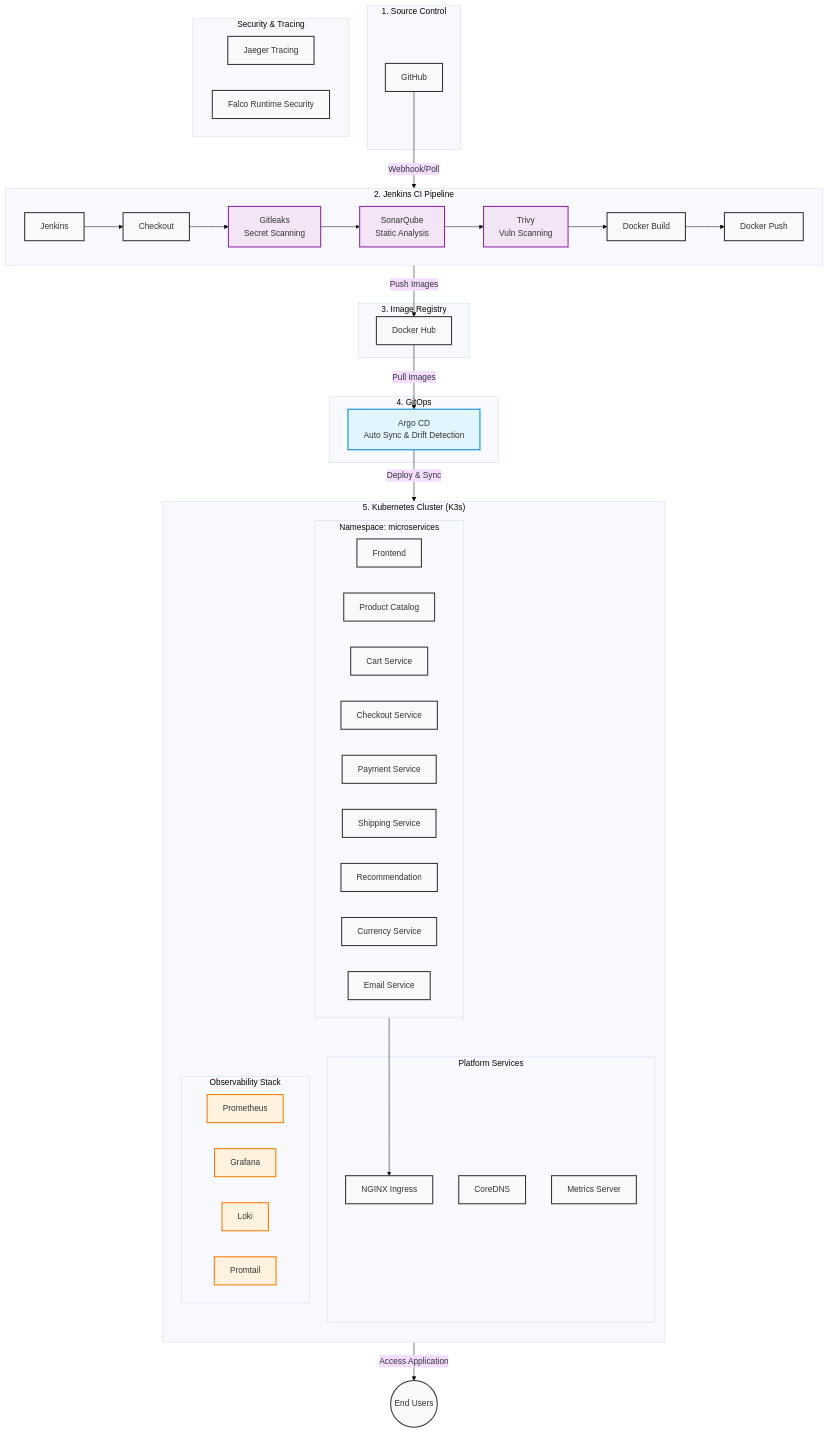
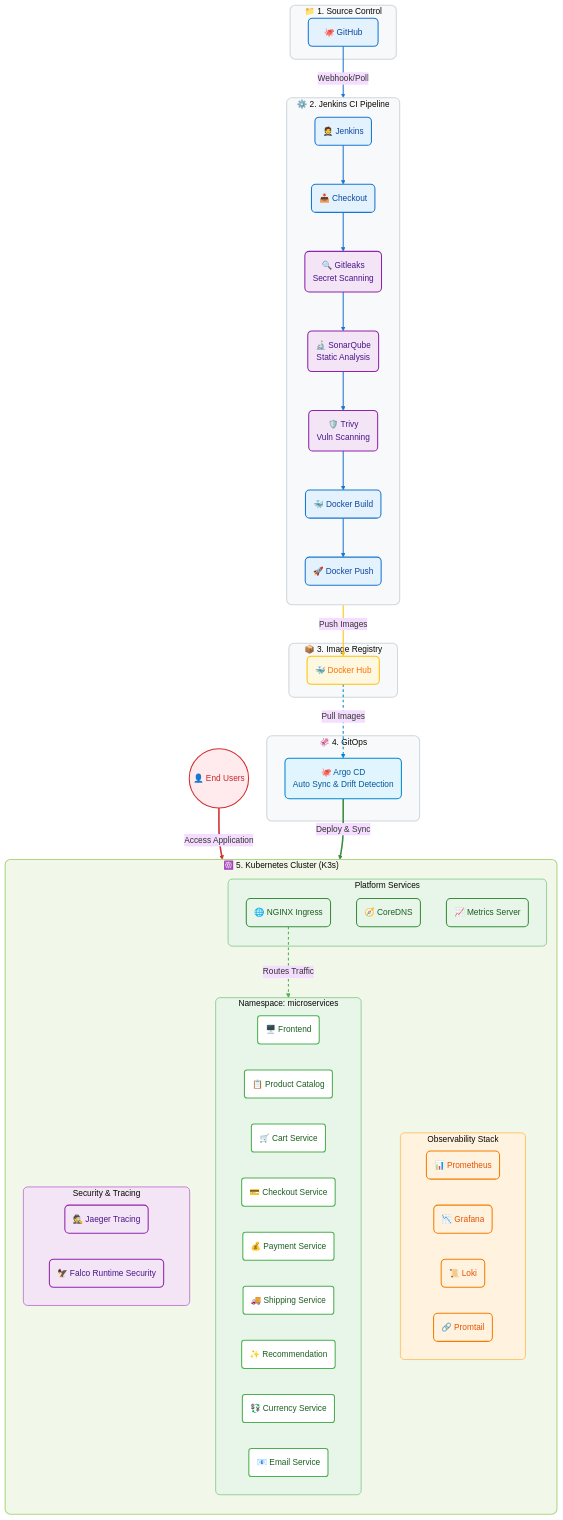
The diagram in README.md (Majidullask04/project-documentation-and-proof), drawn with Mermaid (base theme) before and after one commit. The commit also changed other lines of this file and 13 other files, not shown here.

````diff
--- a/README.md
+++ b/README.md
@@ -3,84 +235,108 @@
 ```mermaid
 graph TD
     %% Styling
-    classDef default fill:#f9f9f9,stroke:#333,stroke-width:2px;
-    classDef gitops fill:#e1f5fe,stroke:#0288d1;
-    classDef security fill:#f3e5f5,stroke:#8e24aa;
-    classDef k8s fill:#e8f5e9,stroke:#388e3c;
-    classDef observability fill:#fff3e0,stroke:#f57c00;
+    classDef default fill:#f9f9f9,stroke:#cfd8dc,stroke-width:2px,color:#263238,rx:5,ry:5;
+    classDef primary fill:#e3f2fd,stroke:#1976d2,stroke-width:2px,color:#0d47a1,rx:8,ry:8;
+    classDef gitops fill:#e1f5fe,stroke:#0288d1,stroke-width:2px,color:#01579b,rx:8,ry:8;
+    classDef security fill:#f3e5f5,stroke:#8e24aa,stroke-width:2px,color:#4a148c,rx:8,ry:8;
+    classDef k8s fill:#e8f5e9,stroke:#388e3c,stroke-width:2px,color:#1b5e20,rx:8,ry:8;
+    classDef observability fill:#fff3e0,stroke:#f57c00,stroke-width:2px,color:#e65100,rx:8,ry:8;
+    classDef registry fill:#fff8e1,stroke:#ffc107,stroke-width:2px,color:#ff6f00,rx:8,ry:8;
+    classDef svc fill:#ffffff,stroke:#4caf50,stroke-width:2px,color:#1b5e20,rx:5,ry:5;
+    classDef userNode fill:#ffebee,stroke:#d32f2f,stroke-width:2px,color:#c62828,rx:20,ry:20;
 
     %% 1. Source Control
-    subgraph Source_Control ["1. Source Control"]
-        GH[GitHub]
+    subgraph Source_Control ["📁 1. Source Control"]
+        style Source_Control fill:#f8f9fa,stroke:#cfd8dc,stroke-width:2px,rx:10,ry:10
+        GH["🐙 GitHub"]:::primary
     end
 
     %% 2. Jenkins CI Pipeline
-    subgraph CI_Pipeline ["2. Jenkins CI Pipeline"]
-        direction LR
-        Jenkins[Jenkins] --> Checkout[Checkout]
-        Checkout --> Gitleaks[Gitleaks<br>Secret Scanning]:::security
-        Gitleaks --> SonarQube[SonarQube<br>Static Analysis]:::security
-        SonarQube --> Trivy[Trivy<br>Vuln Scanning]:::security
-        Trivy --> Build[Docker Build]
-        Build --> Push[Docker Push]
+    subgraph CI_Pipeline ["⚙️ 2. Jenkins CI Pipeline"]
+        style CI_Pipeline fill:#f8f9fa,stroke:#cfd8dc,stroke-width:2px,rx:10,ry:10
+        direction TB
+        Jenkins("🤵 Jenkins"):::primary
+        Checkout("📥 Checkout"):::primary
+        Gitleaks("🔍 Gitleaks<br/>Secret Scanning"):::security
+        SonarQube("🔬 SonarQube<br/>Static Analysis"):::security
+        Trivy("🛡️ Trivy<br/>Vuln Scanning"):::security
+        Build("🐳 Docker Build"):::primary
+        Push("🚀 Docker Push"):::primary
+        
+        Jenkins --> Checkout --> Gitleaks --> SonarQube --> Trivy --> Build --> Push
     end
 
     %% 3. Image Registry
-    subgraph Image_Registry ["3. Image Registry"]
-        DockerHub[Docker Hub]
+    subgraph Image_Registry ["📦 3. Image Registry"]
+        style Image_Registry fill:#f8f9fa,stroke:#cfd8dc,stroke-width:2px,rx:10,ry:10
+        DockerHub("🐳 Docker Hub"):::registry
     end
 
     %% 4. GitOps
-    subgraph GitOps ["4. GitOps"]
-        ArgoCD[Argo CD<br>Auto Sync & Drift Detection]:::gitops
+    subgraph GitOps ["🦑 4. GitOps"]
+        style GitOps fill:#f8f9fa,stroke:#cfd8dc,stroke-width:2px,rx:10,ry:10
+        ArgoCD("🐙 Argo CD<br/>Auto Sync & Drift Detection"):::gitops
     end
 
+    %% End Users & External
+    Users(("👤 End Users")):::userNode
+
     %% 5. Kubernetes Cluster (K3s)
-    subgraph K3s_Cluster ["5. Kubernetes Cluster (K3s)"]
+    subgraph K3s_Cluster ["☸️ 5. Kubernetes Cluster (K3s)"]
+        style K3s_Cluster fill:#f1f8e9,stroke:#aed581,stroke-width:2px,rx:10,ry:10
         direction TB
         
-        subgraph Microservices ["Namespace: microservices"]
-            Frontend[Frontend]
-            Catalog[Product Catalog]
-            Cart[Cart Service]
-            CheckoutSvc[Checkout Service]
-            Payment[Payment Service]
-            Shipping[Shipping Service]
-            Recommendation[Recommendation]
-            Currency[Currency Service]
-            Email[Email Service]
+        subgraph Platform ["Platform Services"]
+            style Platform fill:#e8f5e9,stroke:#81c784,stroke-width:1.5px,rx:8,ry:8
+            Ingress("🌐 NGINX Ingress"):::k8s
+            CoreDNS("🧭 CoreDNS"):::k8s
+            Metrics("📈 Metrics Server"):::k8s
         end
 
-        subgraph Platform ["Platform Services"]
-            Ingress[NGINX Ingress]
-            CoreDNS[CoreDNS]
-            Metrics[Metrics Server]
+        subgraph Microservices ["Namespace: microservices"]
+            style Microservices fill:#e8f5e9,stroke:#81c784,stroke-width:1.5px,rx:8,ry:8
+            Frontend("🖥️ Frontend"):::svc
+            Catalog("📋 Product Catalog"):::svc
+            Cart("🛒 Cart Service"):::svc
+            CheckoutSvc("💳 Checkout Service"):::svc
+            Payment("💰 Payment Service"):::svc
+            Shipping("🚚 Shipping Service"):::svc
+            Recommendation("✨ Recommendation"):::svc
+            Currency("💱 Currency Service"):::svc
+            Email("📧 Email Service"):::svc
         end
 
         subgraph Observability ["Observability Stack"]
-            Prom[Prometheus]:::observability
-            Grafana[Grafana]:::observability
-            Loki[Loki]:::observability
-            Promtail[Promtail]:::observability
+            style Observability fill:#fff3e0,stroke:#ffb74d,stroke-width:1.5px,rx:8,ry:8
+            Prom("📊 Prometheus"):::observability
+            Grafana("📉 Grafana"):::observability
+            Loki("📜 Loki"):::observability
+            Promtail("🔗 Promtail"):::observability
+        end
+        
+        subgraph Additional_Tools ["Security & Tracing"]
+            style Additional_Tools fill:#f3e5f5,stroke:#ba68c8,stroke-width:1.5px,rx:8,ry:8
+            Jaeger("🕵️ Jaeger Tracing"):::security
+            Falco("🦅 Falco Runtime Security"):::security
         end
     end
     
-    %% End Users & External
-    Users((End Users))
-
     %% Core Flow Connections
     GH -->|Webhook/Poll| Jenkins
     Push -->|Push Images| DockerHub
-    DockerHub -->|Pull Images| ArgoCD
-    ArgoCD -->|Deploy & Sync| K3s_Cluster
+    DockerHub -.->|Pull Images| ArgoCD
+    ArgoCD ==>|Deploy & Sync| K3s_Cluster
     
     %% Internal K8s Connections
-    Microservices --> Ingress
-    Ingress -->|Access Application| Users
+    Users ==>|Access Application| Ingress
+    Ingress -.->|Routes Traffic| Microservices
 
-    %% Security & Additional Context Nodes
-    subgraph Additional_Tools ["Security & Tracing"]
-        Jaeger[Jaeger Tracing]
-        Falco[Falco Runtime Security]
-    end
+    %% Link styles
+    linkStyle 0 stroke:#1976d2,stroke-width:2px;
+    linkStyle 1,2,3,4,5,6 stroke:#1976d2,stroke-width:2px;
+    linkStyle 7 stroke:#ffc107,stroke-width:2px;
+    linkStyle 8 stroke:#0288d1,stroke-width:2px,stroke-dasharray: 5 5;
+    linkStyle 9 stroke:#388e3c,stroke-width:3px;
+    linkStyle 10 stroke:#d32f2f,stroke-width:3px;
+    linkStyle 11 stroke:#4caf50,stroke-width:2px,stroke-dasharray: 5 5;
 ```
````
